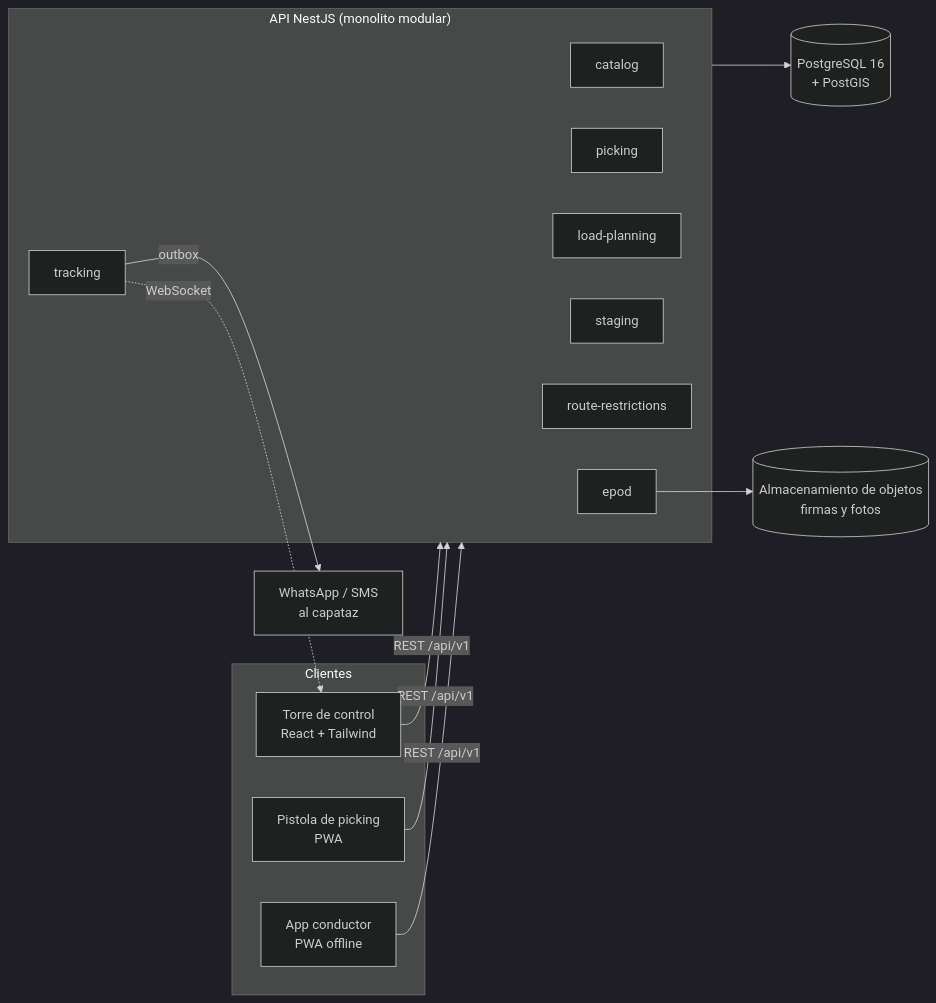
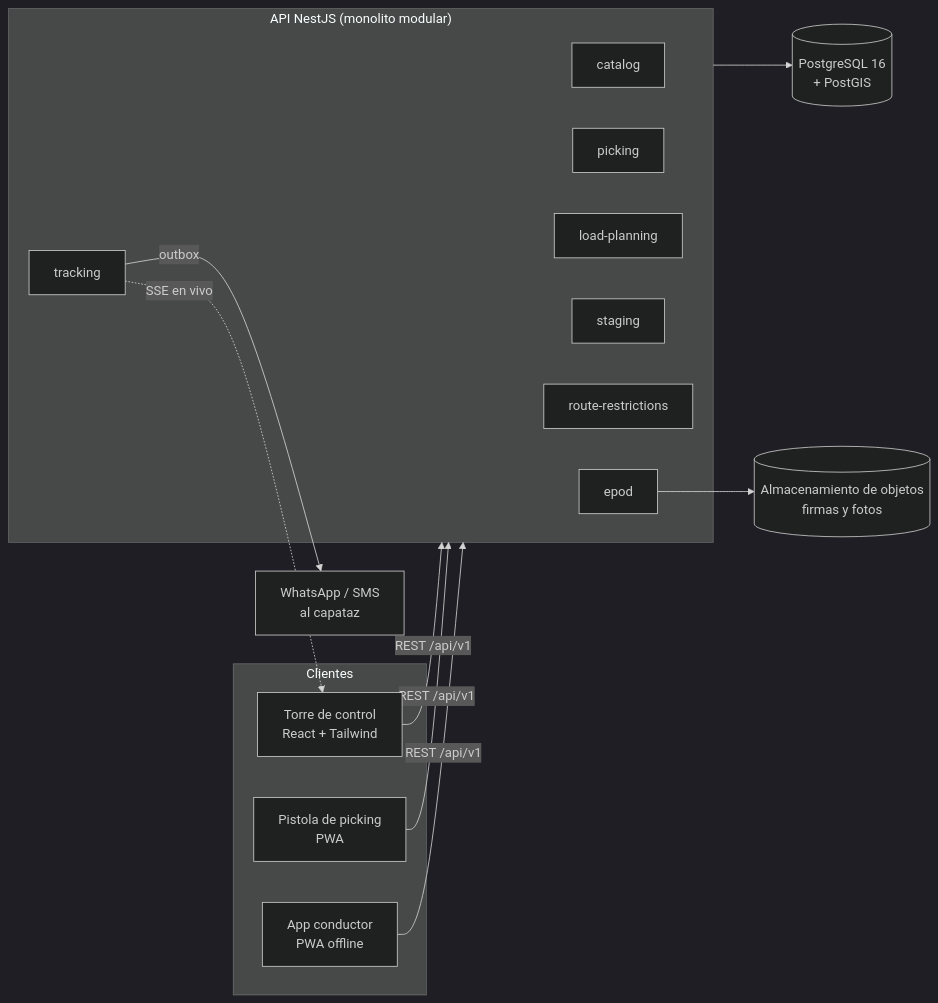
One commit to clapsdmccontacto-gif/TORRE-DE-CONTROL- changed the first of 2 diagrams in README.md. Above: the diagram before and after it, drawn with Mermaid (dark theme). The commit also changed other lines of this file and 50 other files, not shown here.

````diff
--- a/README.md
+++ b/README.md
@@ -51,22 +54,22 @@
 ```mermaid
 flowchart LR
   subgraph Clientes
     W[Torre de control<br/>React + Tailwind]
     P[Pistola de picking<br/>PWA]
     C[App conductor<br/>PWA offline]
   end
   subgraph API["API NestJS (monolito modular)"]
     CAT[catalog]
     PICK[picking]
     LP[load-planning]
     STG[staging]
     RR[route-restrictions]
     TRK[tracking]
     EPOD[epod]
   end
   W & P & C -->|REST /api/v1| API
-  TRK -.->|WebSocket| W
+  TRK -.->|SSE en vivo| W
   API --> DB[(PostgreSQL 16<br/>+ PostGIS)]
   EPOD --> S3[(Almacenamiento de objetos<br/>firmas y fotos)]
   TRK -->|outbox| N[WhatsApp / SMS<br/>al capataz]
 ```
````
